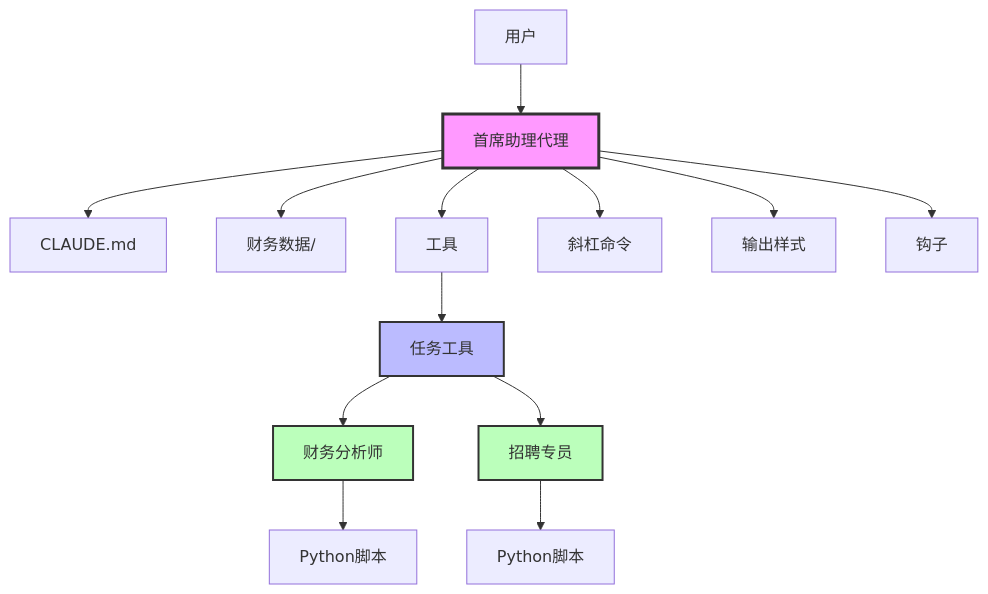
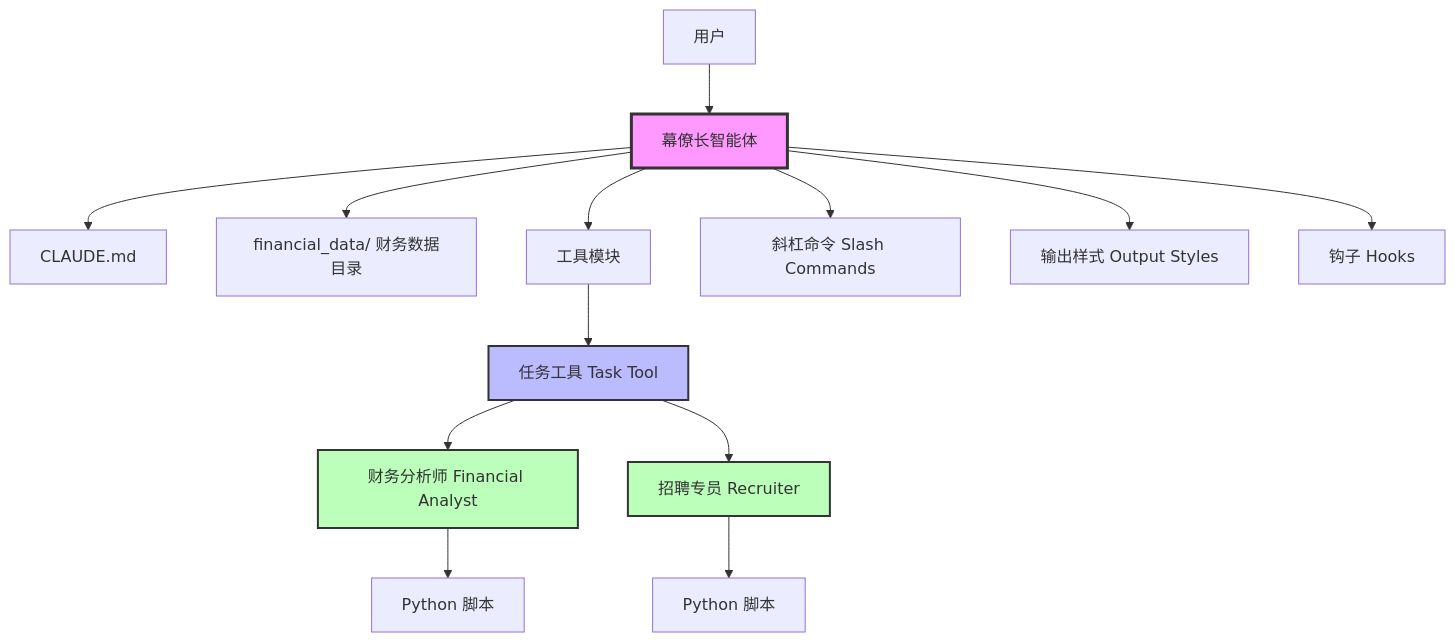
The first of 2 diagrams in claude_agent_sdk/chief_of_staff_agent/flow_diagram_zh.md (LeastBit/claude-cookbooks_zh-CN), drawn with Mermaid before and after one commit. The commit also changed other lines of this file and 66 other files, not shown here.

````diff
--- a/claude_agent_sdk/chief_of_staff_agent/flow_diagram_zh.md
+++ b/claude_agent_sdk/chief_of_staff_agent/flow_diagram_zh.md
@@ -3,22 +3,22 @@
 ```mermaid
 graph TD
-    User[用户] --> Chief[首席助理代理]
+    User[用户] --> Chief[幕僚长智能体]
     Chief --> Memory[CLAUDE.md]
-    Chief --> FinData[财务数据/]
-    Chief --> Tools[工具]
-    Chief --> Commands[斜杠命令]
-    Chief --> Styles[输出样式]
-    Chief --> Hooks[钩子]
+    Chief --> FinData[financial_data/ 财务数据目录]
+    Chief --> Tools[工具模块]
+    Chief --> Commands[斜杠命令 Slash Commands]
+    Chief --> Styles[输出样式 Output Styles]
+    Chief --> Hooks[钩子 Hooks]
 
-    Tools --> Task[任务工具]
-    Task --> FA[财务分析师]
-    Task --> Recruiter[招聘专员]
+    Tools --> Task[任务工具 Task Tool]
+    Task --> FA[财务分析师 Financial Analyst]
+    Task --> Recruiter[招聘专员 Recruiter]
 
-    FA --> Scripts1[Python脚本]
-    Recruiter --> Scripts2[Python脚本]
+    FA --> Scripts1[Python 脚本]
+    Recruiter --> Scripts2[Python 脚本]
 
     style Chief fill:#f9f,stroke:#333,stroke-width:3px
     style Task fill:#bbf,stroke:#333,stroke-width:2px
     style FA fill:#bfb,stroke:#333,stroke-width:2px
     style Recruiter fill:#bfb,stroke:#333,stroke-width:2px
 ```
````
